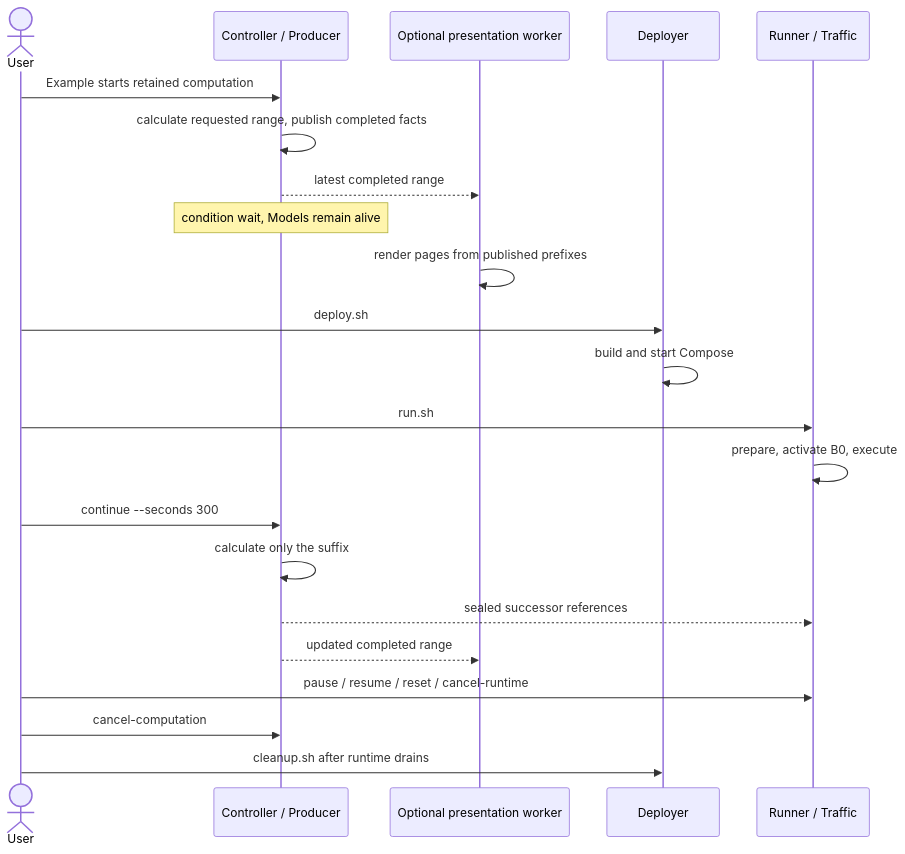
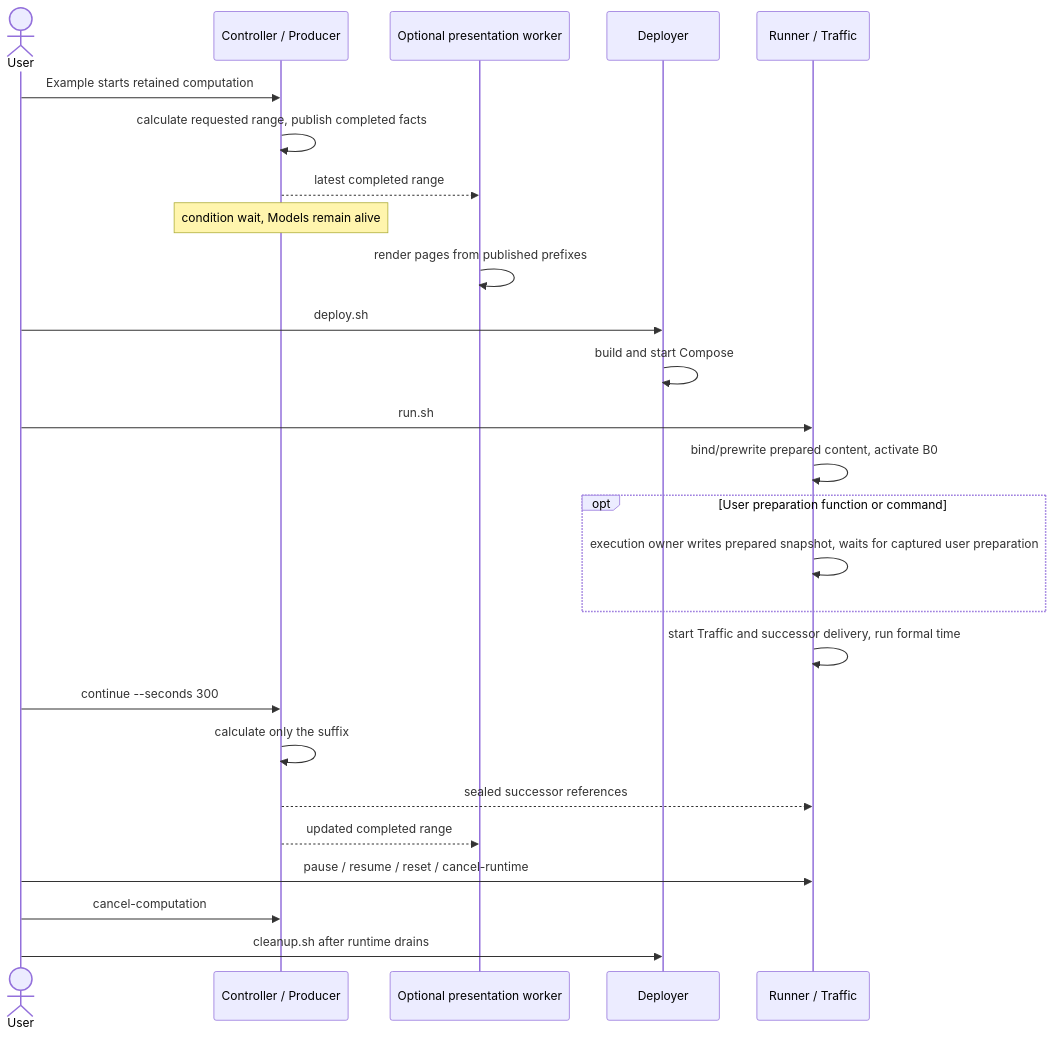
One commit to seed-labs/skyseed changed the first of 2 diagrams in skyseed_v2/docs/architecture/execution.md. Above: the diagram before and after it, drawn with Mermaid. The commit also changed other lines of this file and 404 other files, not shown here.

````diff
--- a/skyseed_v2/docs/architecture/execution.md
+++ b/skyseed_v2/docs/architecture/execution.md
@@ -7,24 +16,28 @@
 ```mermaid
 sequenceDiagram
   actor User
   participant C as Controller / Producer
   participant V as Optional presentation worker
   participant D as Deployer
   participant R as Runner / Traffic
   User->>C: Example starts retained computation
   C->>C: calculate requested range, publish completed facts
   C-->>V: latest completed range
   Note over C: condition wait, Models remain alive
   V->>V: render pages from published prefixes
   User->>D: deploy.sh
   D->>D: build and start Compose
   User->>R: run.sh
-  R->>R: prepare, activate B0, execute
+  R->>R: bind/prewrite prepared content, activate B0
+  opt User preparation function or command
+    R->>R: execution owner writes prepared snapshot, waits for captured user preparation
+  end
+  R->>R: start Traffic and successor delivery, run formal time
   User->>C: continue --seconds 300
   C->>C: calculate only the suffix
   C-->>R: sealed successor references
   C-->>V: updated completed range
   User->>R: pause / resume / reset / cancel-runtime
   User->>C: cancel-computation
   User->>D: cleanup.sh after runtime drains
 ```
````
